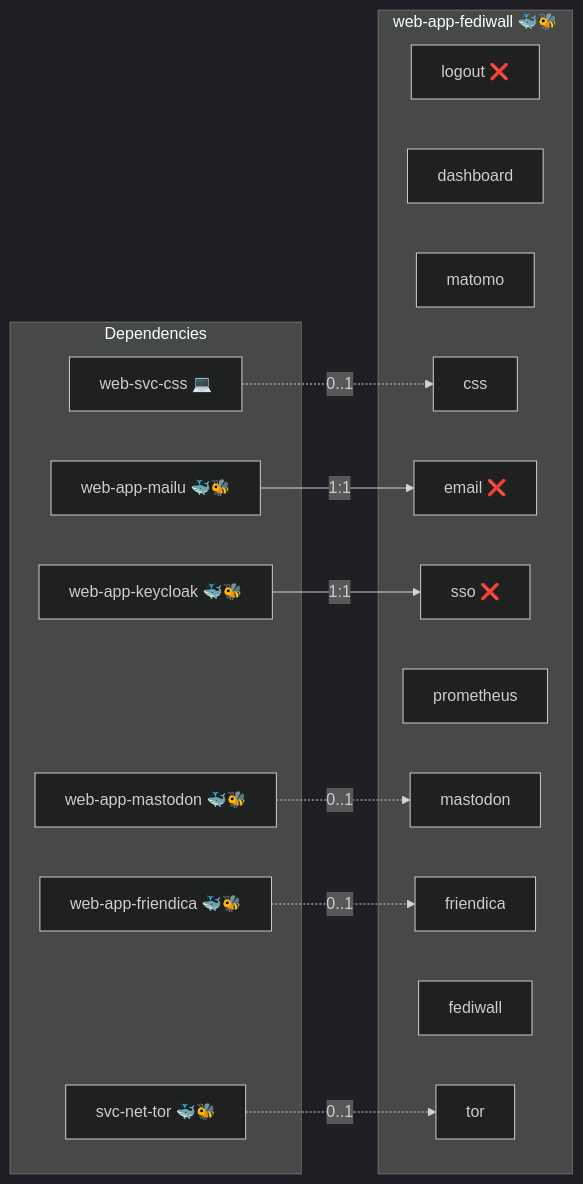
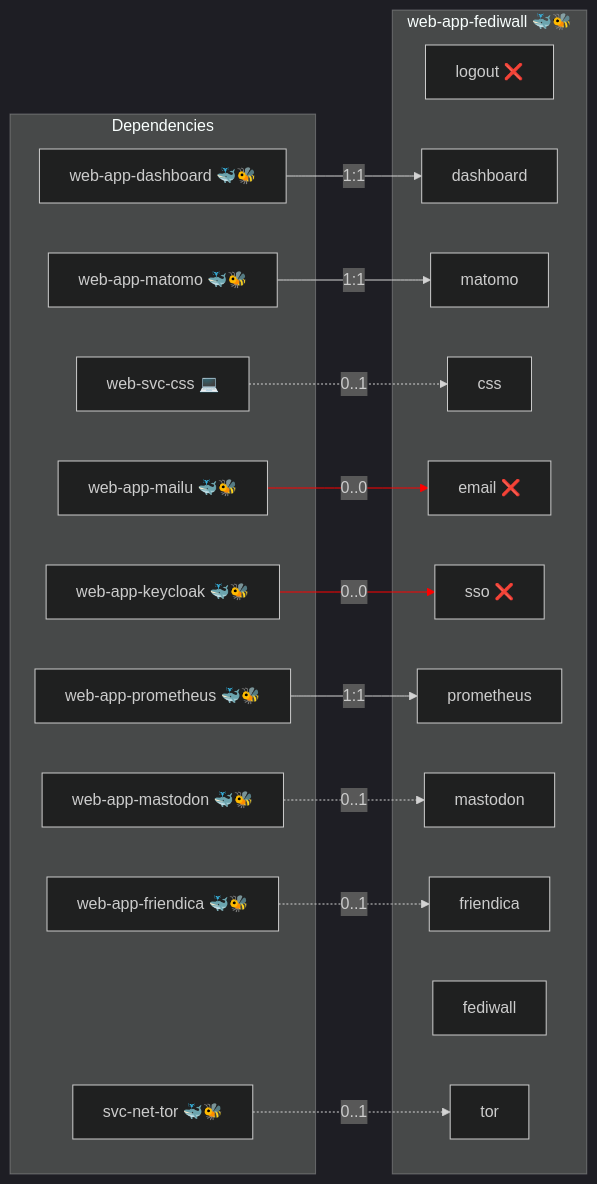
The diagram in roles/web-app-fediwall/README.md (AlejandroRomanIbanez/infinito-nexus), drawn with Mermaid (dark theme) before and after one commit. The commit also changed other lines of this file and 256 other files, not shown here.

````diff
--- a/roles/web-app-fediwall/README.md
+++ b/roles/web-app-fediwall/README.md
@@ -19,30 +19,37 @@
 ```mermaid
 flowchart LR
     subgraph deps [Dependencies]
         dep_svc_net_tor["svc-net-tor 🐳🐝"]
+        dep_web_app_dashboard["web-app-dashboard 🐳🐝"]
         dep_web_app_friendica["web-app-friendica 🐳🐝"]
         dep_web_app_keycloak["web-app-keycloak 🐳🐝"]
         dep_web_app_mailu["web-app-mailu 🐳🐝"]
         dep_web_app_mastodon["web-app-mastodon 🐳🐝"]
+        dep_web_app_matomo["web-app-matomo 🐳🐝"]
+        dep_web_app_prometheus["web-app-prometheus 🐳🐝"]
         dep_web_svc_css["web-svc-css 💻"]
     end
     subgraph role [web-app-fediwall 🐳🐝]
         svc_logout["logout ❌"]
         svc_dashboard["dashboard"]
         svc_matomo["matomo"]
         svc_css["css"]
         svc_email["email ❌"]
         svc_sso["sso ❌"]
         svc_prometheus["prometheus"]
         svc_mastodon["mastodon"]
         svc_friendica["friendica"]
         svc_fediwall["fediwall"]
         svc_tor["tor"]
     end
     dep_svc_net_tor -. "0..1" .-> svc_tor
+    dep_web_app_dashboard -- "1:1" --> svc_dashboard
     dep_web_app_friendica -. "0..1" .-> svc_friendica
-    dep_web_app_keycloak -- "1:1" --> svc_sso
-    dep_web_app_mailu -- "1:1" --> svc_email
+    dep_web_app_keycloak -- "0..0" --> svc_sso
+    dep_web_app_mailu -- "0..0" --> svc_email
     dep_web_app_mastodon -. "0..1" .-> svc_mastodon
+    dep_web_app_matomo -- "1:1" --> svc_matomo
+    dep_web_app_prometheus -- "1:1" --> svc_prometheus
     dep_web_svc_css -. "0..1" .-> svc_css
+    linkStyle 3,4 stroke:red;
 ```
````
